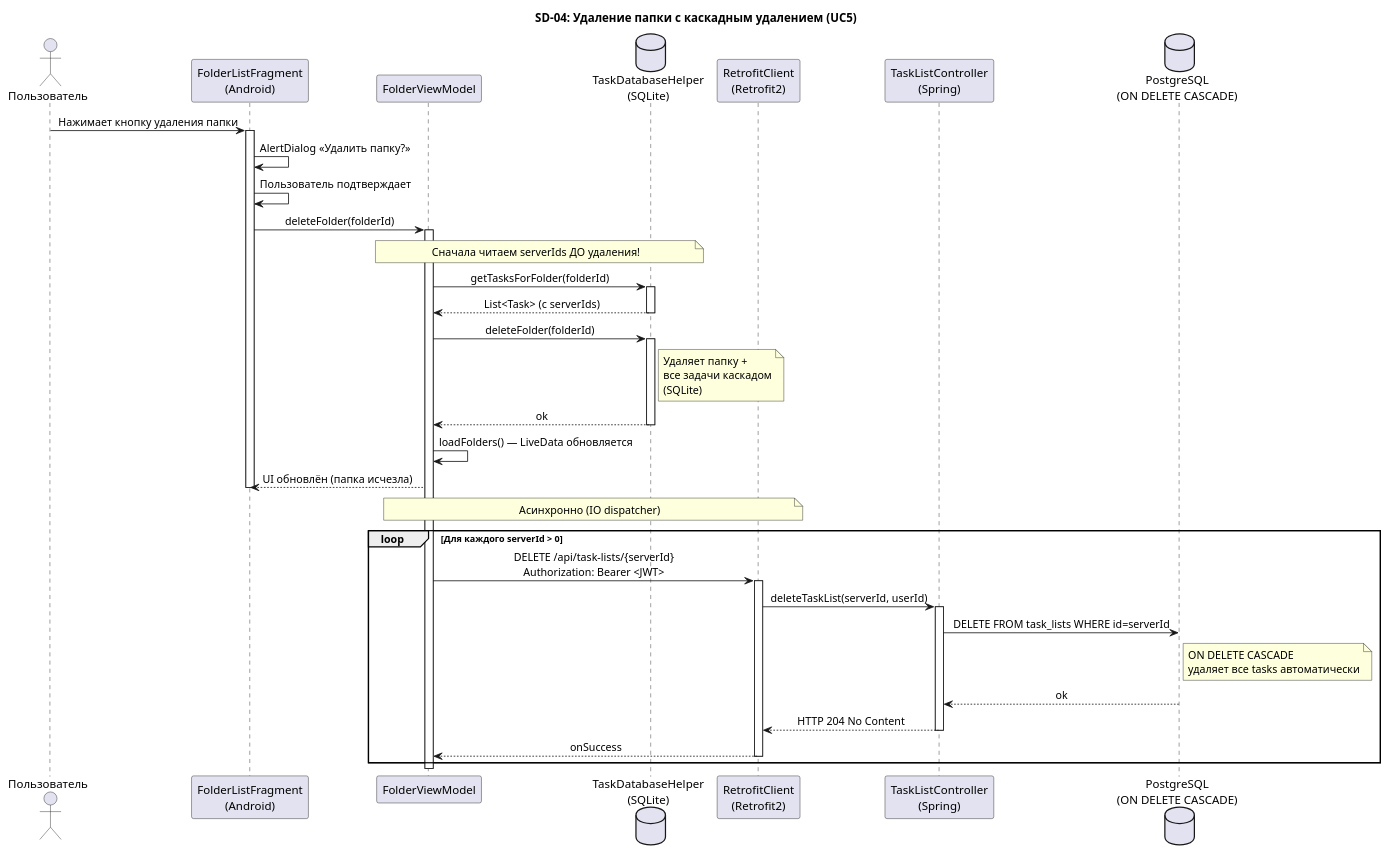
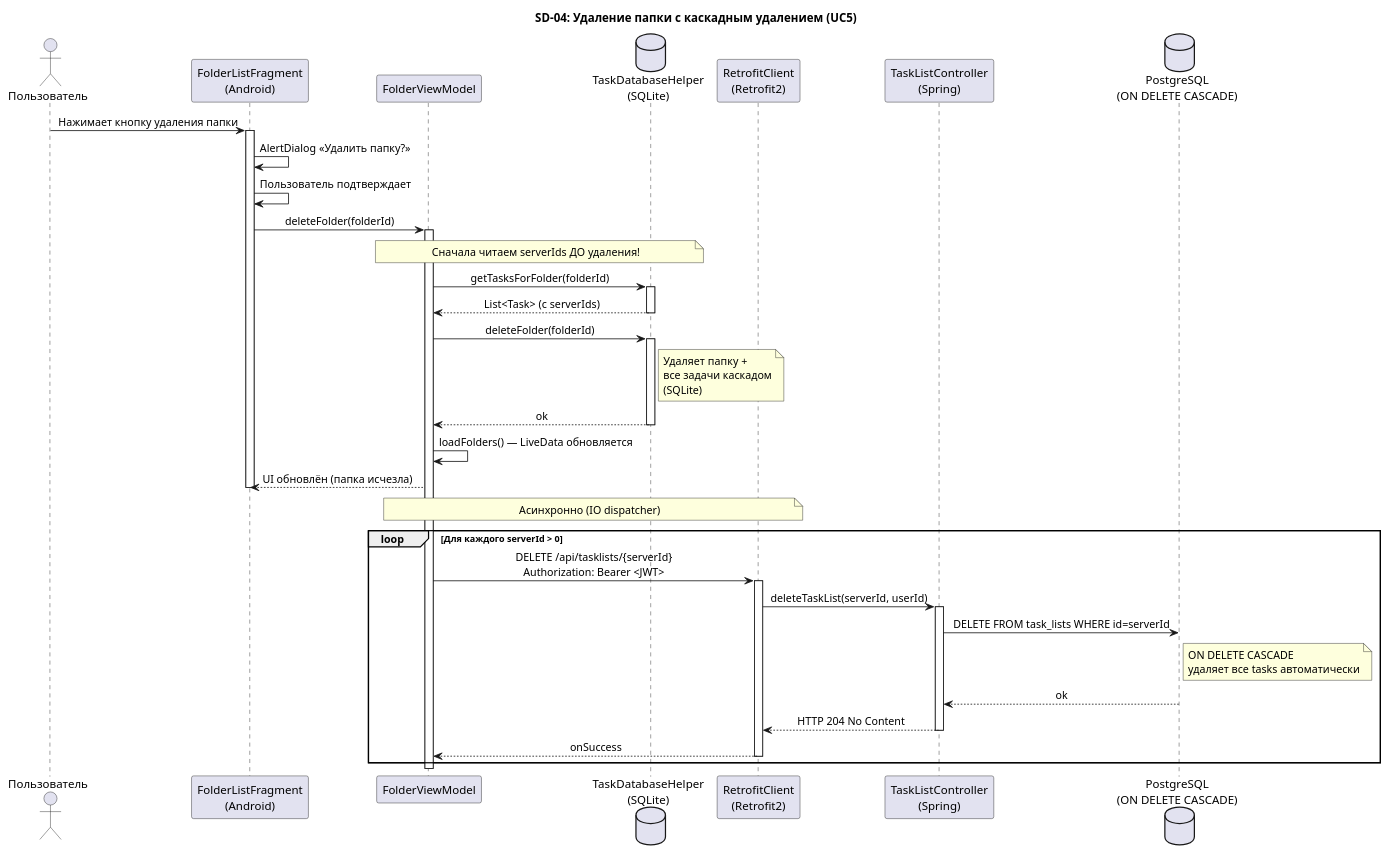
Before and after one commit to LevontiyVeliki/course-project: the fourth of 4 diagrams in 05-detailed-design/sequence-diagrams.md, drawn with PlantUML. The commit also changed other lines of this file and 5 other files, not shown here.

````diff
--- a/05-detailed-design/sequence-diagrams.md
+++ b/05-detailed-design/sequence-diagrams.md
@@ -258,59 +258,59 @@
 ```plantuml
 @startuml SD-04-DeleteFolder
 title SD-04: Удаление папки с каскадным удалением (UC5)
 
 skinparam sequenceMessageAlign center
 skinparam responseMessageBelowArrow true
 
 actor "Пользователь" as User
 participant "FolderListFragment\n(Android)" as FLF
 participant "FolderViewModel" as FVM
 database "TaskDatabaseHelper\n(SQLite)" as DB
 participant "RetrofitClient\n(Retrofit2)" as RC
 participant "TaskListController\n(Spring)" as TLC
 database "PostgreSQL\n(ON DELETE CASCADE)" as PG
 
 User -> FLF : Нажимает кнопку удаления папки
 activate FLF
 
 FLF -> FLF : AlertDialog «Удалить папку?»
 FLF -> FLF : Пользователь подтверждает
 
 FLF -> FVM : deleteFolder(folderId)
 activate FVM
 
 note over FVM, DB : Сначала читаем serverIds ДО удаления!
 FVM -> DB : getTasksForFolder(folderId)
 activate DB
 DB --> FVM : List<Task> (с serverIds)
 deactivate DB
 
 FVM -> DB : deleteFolder(folderId)
 activate DB
 note right of DB : Удаляет папку +\nвсе задачи каскадом\n(SQLite)
 DB --> FVM : ok
 deactivate DB
 
 FVM -> FVM : loadFolders() — LiveData обновляется
 FVM --> FLF : UI обновлён (папка исчезла)
 deactivate FLF
 
 note over FVM, RC : Асинхронно (IO dispatcher)
 loop Для каждого serverId > 0
-    FVM -> RC : DELETE /api/task-lists/{serverId}\nAuthorization: Bearer <JWT>
+    FVM -> RC : DELETE /api/tasklists/{serverId}\nAuthorization: Bearer <JWT>
     activate RC
     RC -> TLC : deleteTaskList(serverId, userId)
     activate TLC
     TLC -> PG : DELETE FROM task_lists WHERE id=serverId
     note right of PG : ON DELETE CASCADE\nудаляет все tasks автоматически
     PG --> TLC : ok
     TLC --> RC : HTTP 204 No Content
     deactivate TLC
     RC --> FVM : onSuccess
     deactivate RC
 end
 
 deactivate FVM
 
 @enduml
 ```
````
